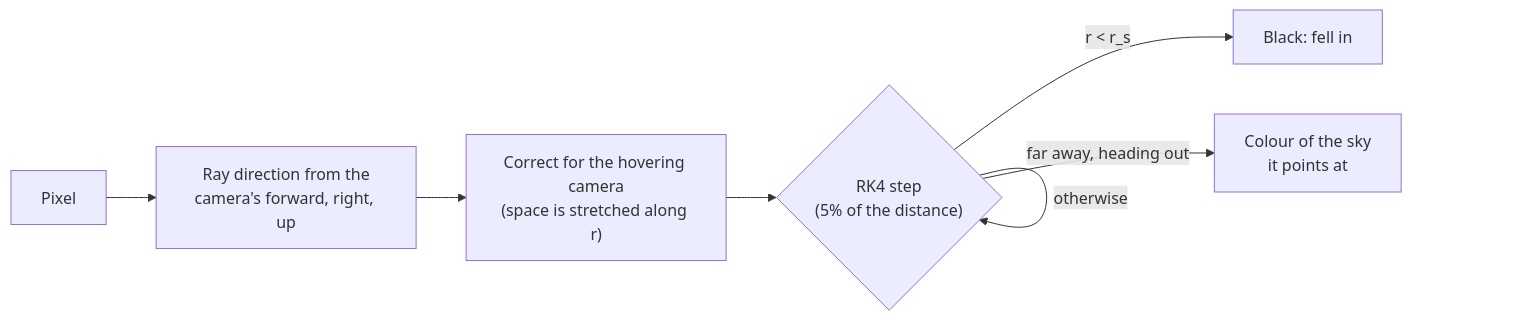
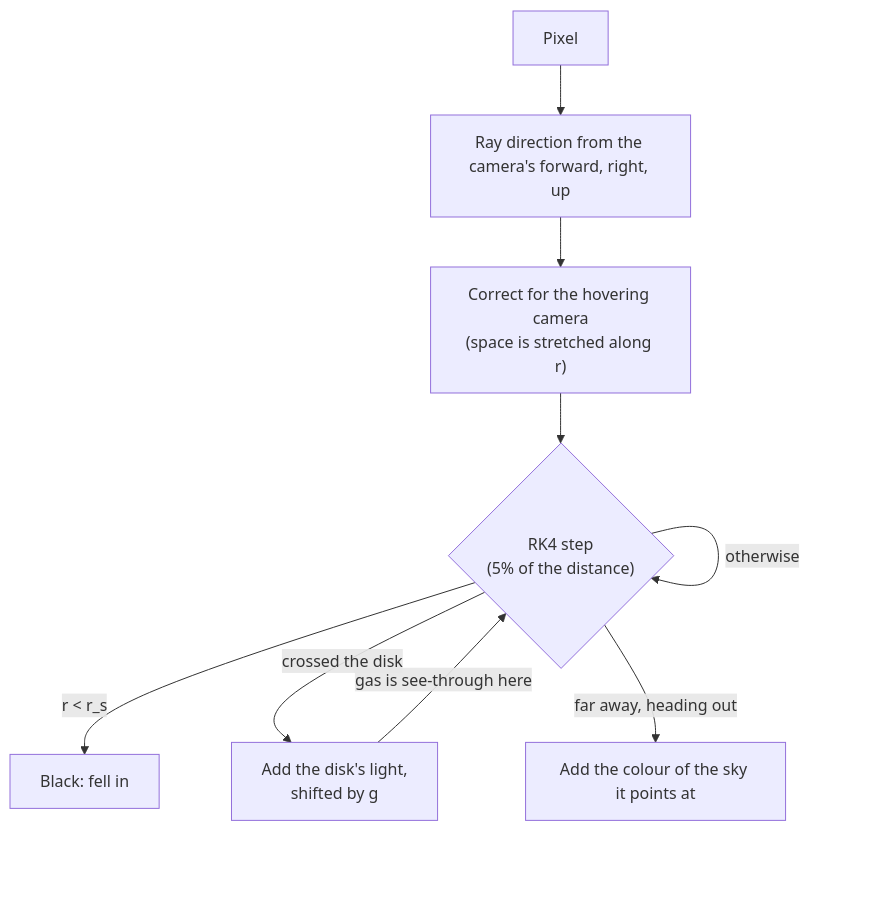
The diagram in README.md (abzakir/blackhole), drawn with Mermaid before and after one commit. The commit also changed other lines of this file, not shown here.

Commit message:
README: step 6, the disk GIF as the header, top-down flowchart

````diff
--- a/README.md
+++ b/README.md
@@ -135,9 +172,11 @@
 ```mermaid
-flowchart LR
-    A["Pixel"] --> B["Ray direction from the<br>camera's forward, right, up"]
+flowchart TD
+    A["Pixel"] --> B["Ray direction from the camera's forward, right, up"]
     B --> C["Correct for the hovering camera<br>(space is stretched along r)"]
     C --> D{"RK4 step<br>(5% of the distance)"}
     D -- "r < r_s" --> E["Black: fell in"]
-    D -- "far away, heading out" --> F["Colour of the sky<br>it points at"]
+    D -- "crossed the disk" --> G["Add the disk's light,<br>shifted by g"]
+    G -- "gas is see-through here" --> D
+    D -- "far away, heading out" --> F["Add the colour of the sky it points at"]
     D -- "otherwise" --> D
 ```
````
